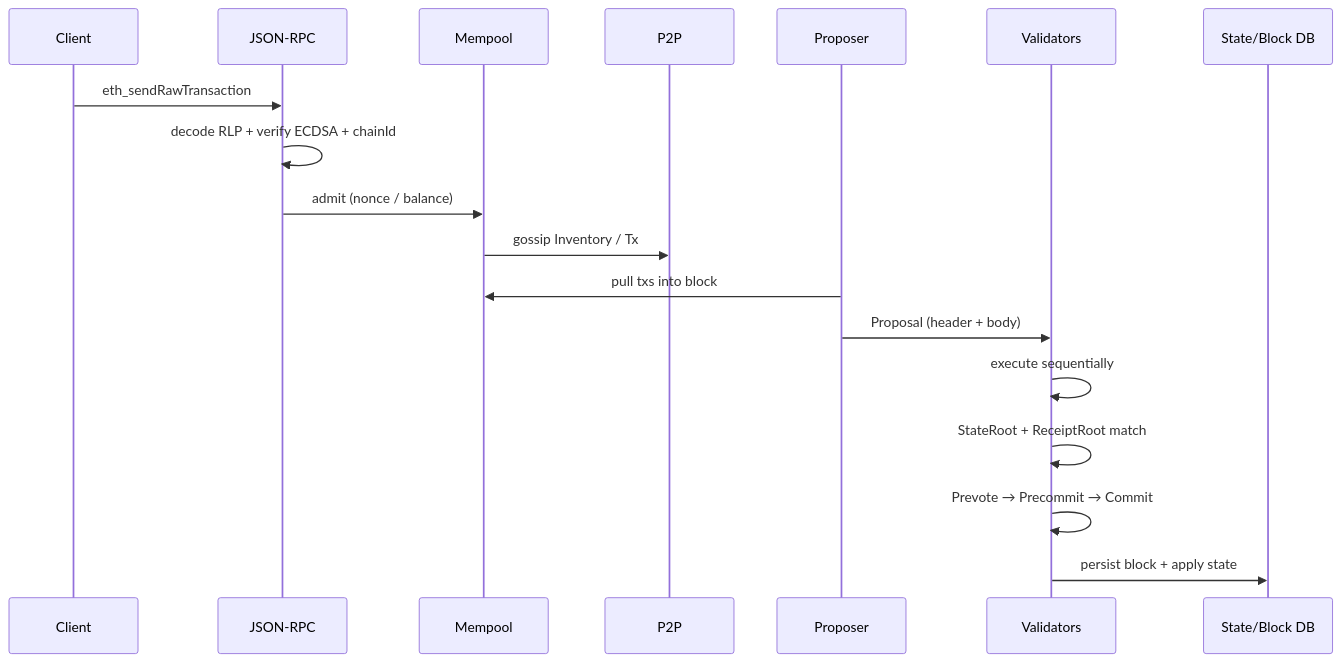
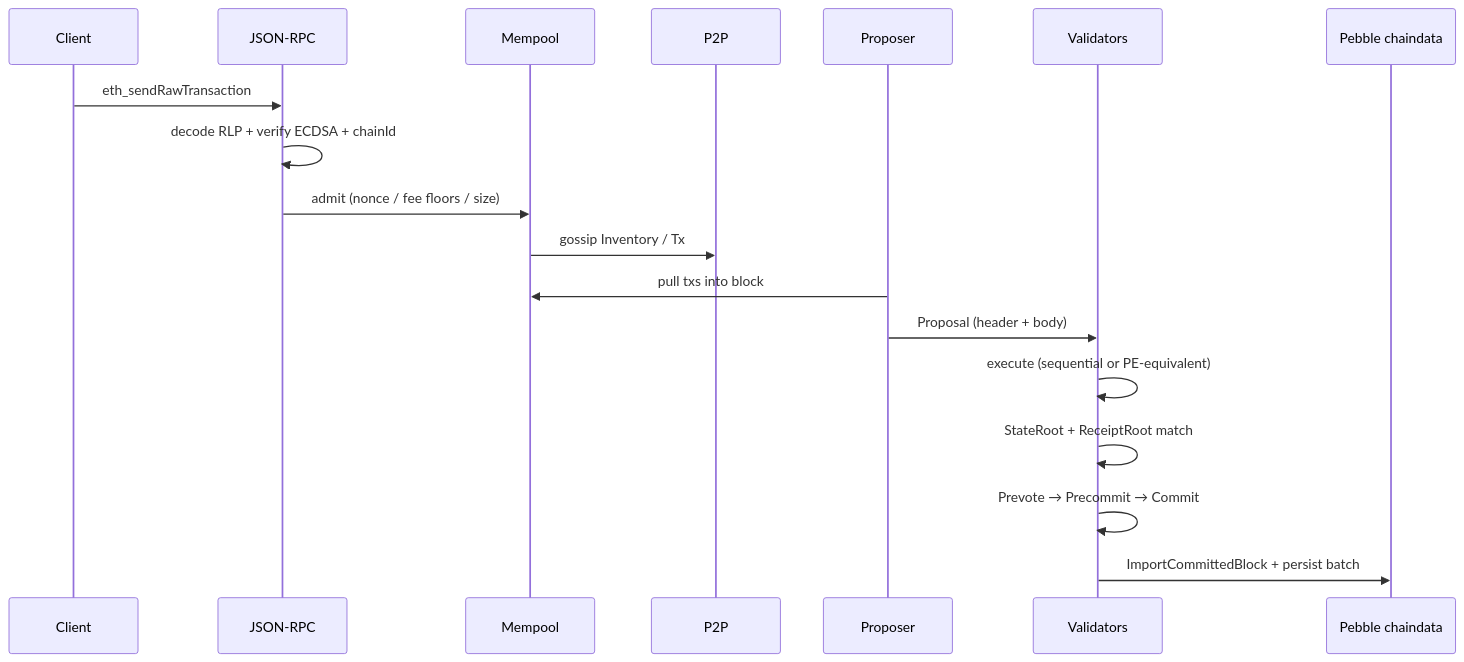
Before and after one commit to dewnetwork/dew: the second of 4 diagrams in docs/architecture/overview.md, drawn with Mermaid. The commit also changed other lines of this file and 51 other files, not shown here.

````diff
--- a/docs/architecture/overview.md
+++ b/docs/architecture/overview.md
@@ -56,21 +60,21 @@
 ```mermaid
 sequenceDiagram
   participant Client
   participant RPC as JSON-RPC
   participant MP as Mempool
   participant P2P
   participant Prop as Proposer
   participant Vals as Validators
-  participant DB as State/Block DB
+  participant DB as Pebble chaindata
 
   Client->>RPC: eth_sendRawTransaction
   RPC->>RPC: decode RLP + verify ECDSA + chainId
-  RPC->>MP: admit (nonce / balance)
+  RPC->>MP: admit (nonce / fee floors / size)
   MP->>P2P: gossip Inventory / Tx
   Prop->>MP: pull txs into block
   Prop->>Vals: Proposal (header + body)
-  Vals->>Vals: execute sequentially
+  Vals->>Vals: execute (sequential or PE-equivalent)
   Vals->>Vals: StateRoot + ReceiptRoot match
   Vals->>Vals: Prevote → Precommit → Commit
-  Vals->>DB: persist block + apply state
+  Vals->>DB: ImportCommittedBlock + persist batch
 ```
````
